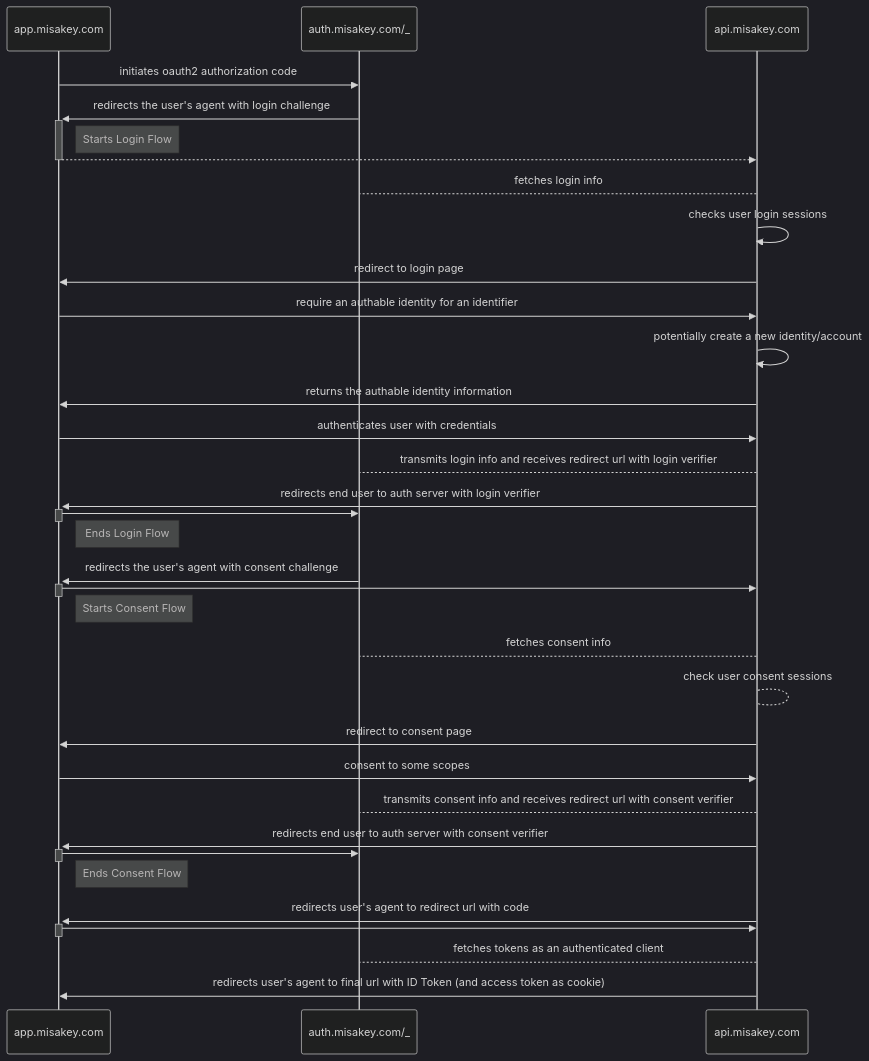
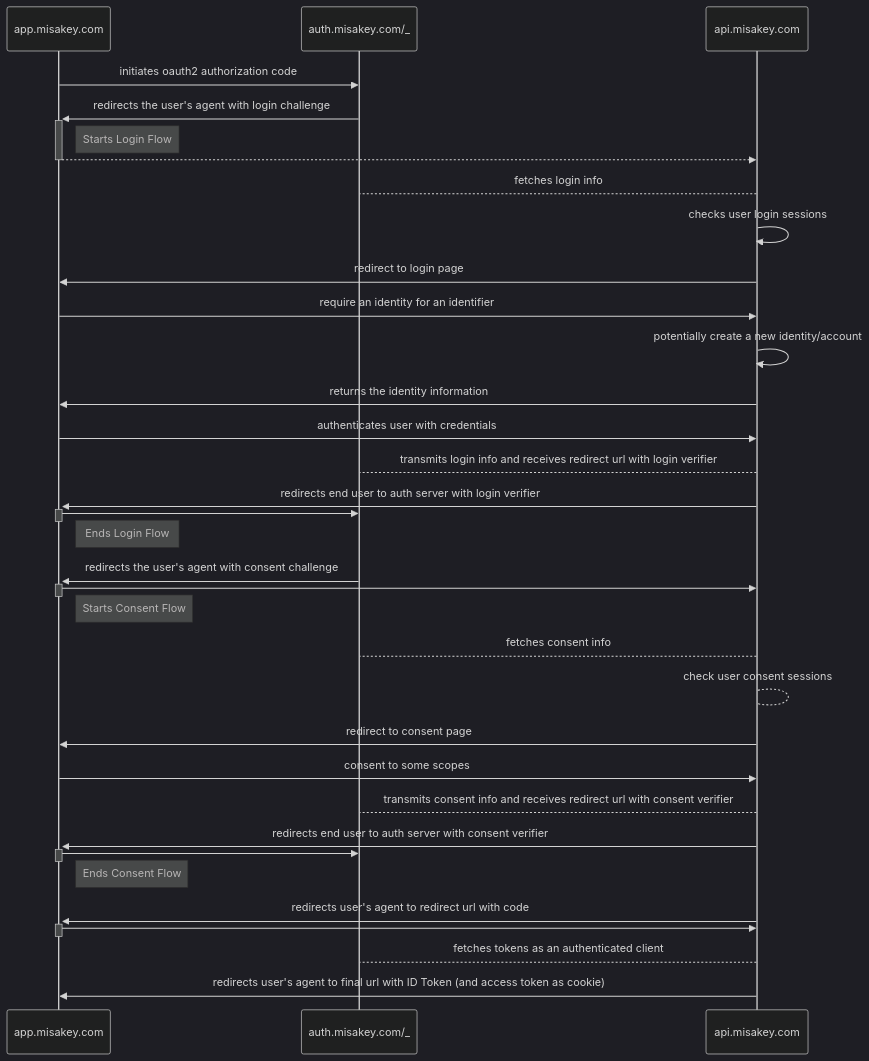
The diagram in docs/content/endpoints/auth_flow.md (misakey/backend), drawn with Mermaid (dark theme) before and after one commit. The commit also changed other lines of this file and 42 other files, not shown here.

Commit message:
api: identifier definitive design

```diff
--- a/docs/content/endpoints/auth_flow.md
+++ b/docs/content/endpoints/auth_flow.md
@@ -38,33 +38,33 @@
 {{<mermaid>}}
 sequenceDiagram
     app.misakey.com->>auth.misakey.com/_: initiates oauth2 authorization code
     auth.misakey.com/_->>+app.misakey.com: redirects the user's agent with login challenge
     Note right of app.misakey.com: Starts Login Flow
     app.misakey.com-->>-api.misakey.com: 
     api.misakey.com-->auth.misakey.com/_: fetches login info
     api.misakey.com->>api.misakey.com: checks user login sessions
     api.misakey.com->>app.misakey.com: redirect to login page
-    app.misakey.com->>api.misakey.com: require an authable identity for an identifier
+    app.misakey.com->>api.misakey.com: require an identity for an identifier
     api.misakey.com->>api.misakey.com: potentially create a new identity/account
-    api.misakey.com->>app.misakey.com: returns the authable identity information
+    api.misakey.com->>app.misakey.com: returns the identity information
     app.misakey.com->>api.misakey.com: authenticates user with credentials
     api.misakey.com-->auth.misakey.com/_: transmits login info and receives redirect url with login verifier
     api.misakey.com->>+app.misakey.com: redirects end user to auth server with login verifier
     app.misakey.com->>-auth.misakey.com/_: 
     Note right of app.misakey.com: Ends Login Flow
     auth.misakey.com/_->>+app.misakey.com: redirects the user's agent with consent challenge
     app.misakey.com->>-api.misakey.com: 
     Note right of app.misakey.com: Starts Consent Flow
     api.misakey.com-->auth.misakey.com/_: fetches consent info
     api.misakey.com-->api.misakey.com: check user consent sessions
     api.misakey.com->>app.misakey.com: redirect to consent page
     app.misakey.com->>api.misakey.com: consent to some scopes
     api.misakey.com-->auth.misakey.com/_: transmits consent info and receives redirect url with consent verifier
     api.misakey.com->>+app.misakey.com: redirects end user to auth server with consent verifier
     app.misakey.com->>-auth.misakey.com/_: 
     Note right of app.misakey.com: Ends Consent Flow
     api.misakey.com->>+app.misakey.com: redirects user's agent to redirect url with code
     app.misakey.com->>-api.misakey.com: 
     api.misakey.com-->auth.misakey.com/_: fetches tokens as an authenticated client
     api.misakey.com->>app.misakey.com: redirects user's agent to final url with ID Token (and access token as cookie)
 {{</mermaid>}}
```
